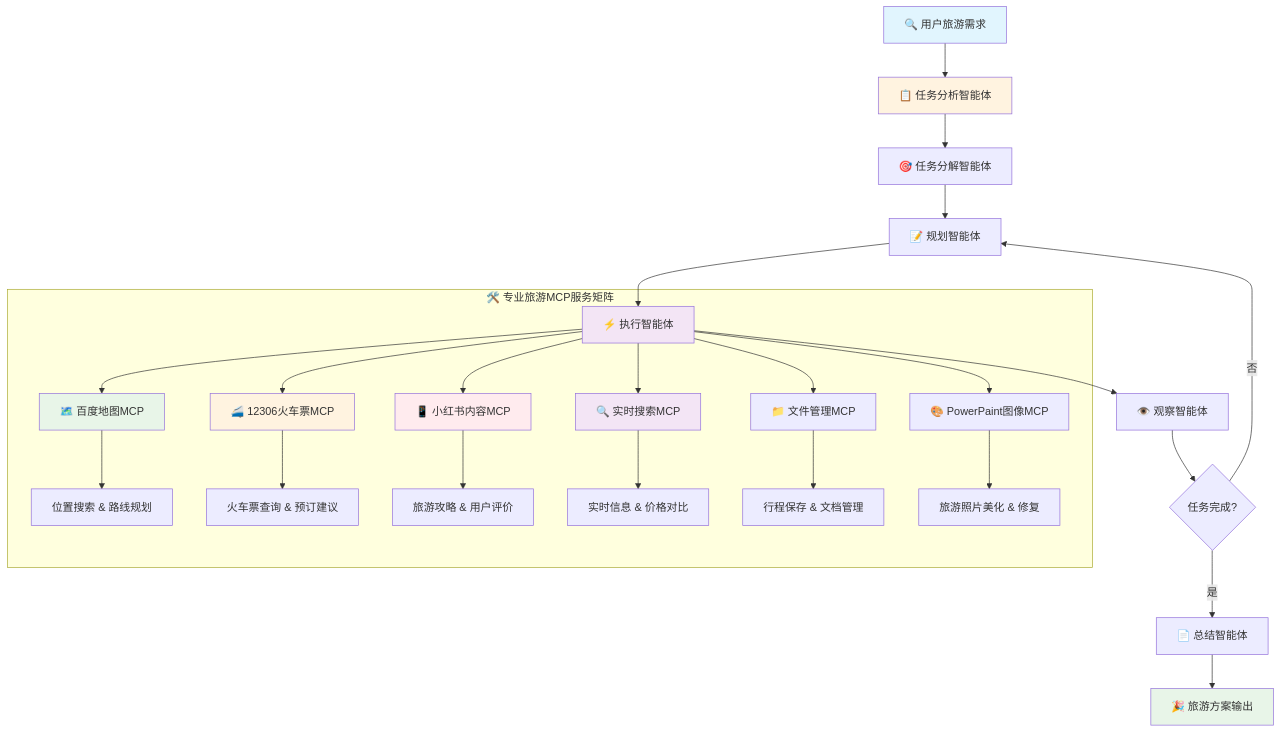
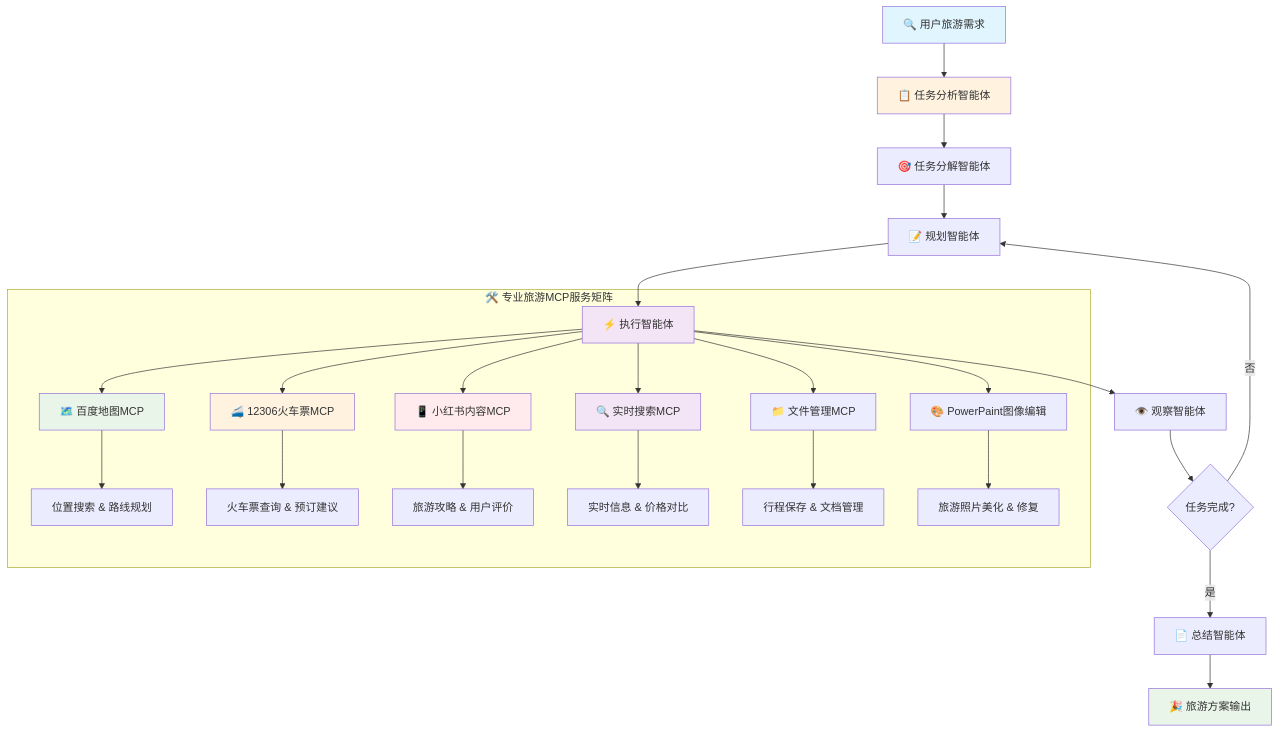
One commit to baller/SuperTravelAgent changed the second of 2 diagrams in README.md. Above: the diagram before and after it, drawn with Mermaid. The commit also changed other lines of this file, not shown here.

````diff
--- a/README.md
+++ b/README.md
@@ -110,37 +110,37 @@
 ```mermaid
 graph TD
     A[🔍 用户旅游需求] --> B[📋 任务分析智能体]
     B --> C[🎯 任务分解智能体]
     C --> D[📝 规划智能体]
     D --> E[⚡ 执行智能体]
     E --> F[👁️ 观察智能体]
     F --> G{任务完成?}
     G -->|否| D
     G -->|是| H[📄 总结智能体]
     H --> I[🎉 旅游方案输出]
     
     subgraph "🛠️ 专业旅游MCP服务矩阵"
         E --> J[🗺️ 百度地图MCP]
         E --> K[🚄 12306火车票MCP]
         E --> L[📱 小红书内容MCP]
         E --> M[🔍 实时搜索MCP]
         E --> N[📁 文件管理MCP]
-        E --> O[🎨 PowerPaint图像MCP]
+        E --> O[🎨 PowerPaint图像编辑]
         
         J --> J1[位置搜索 & 路线规划]
         K --> K1[火车票查询 & 预订建议]
         L --> L1[旅游攻略 & 用户评价]
         M --> M1[实时信息 & 价格对比]
         N --> N1[行程保存 & 文档管理]
         O --> O1[旅游照片美化 & 修复]
     end
     
     style A fill:#e1f5fe
     style I fill:#e8f5e8
     style B fill:#fff3e0
     style E fill:#f3e5f5
     style J fill:#e8f5e8
     style K fill:#fff3e0
     style L fill:#ffebee
     style M fill:#f3e5f5
 ```
````
